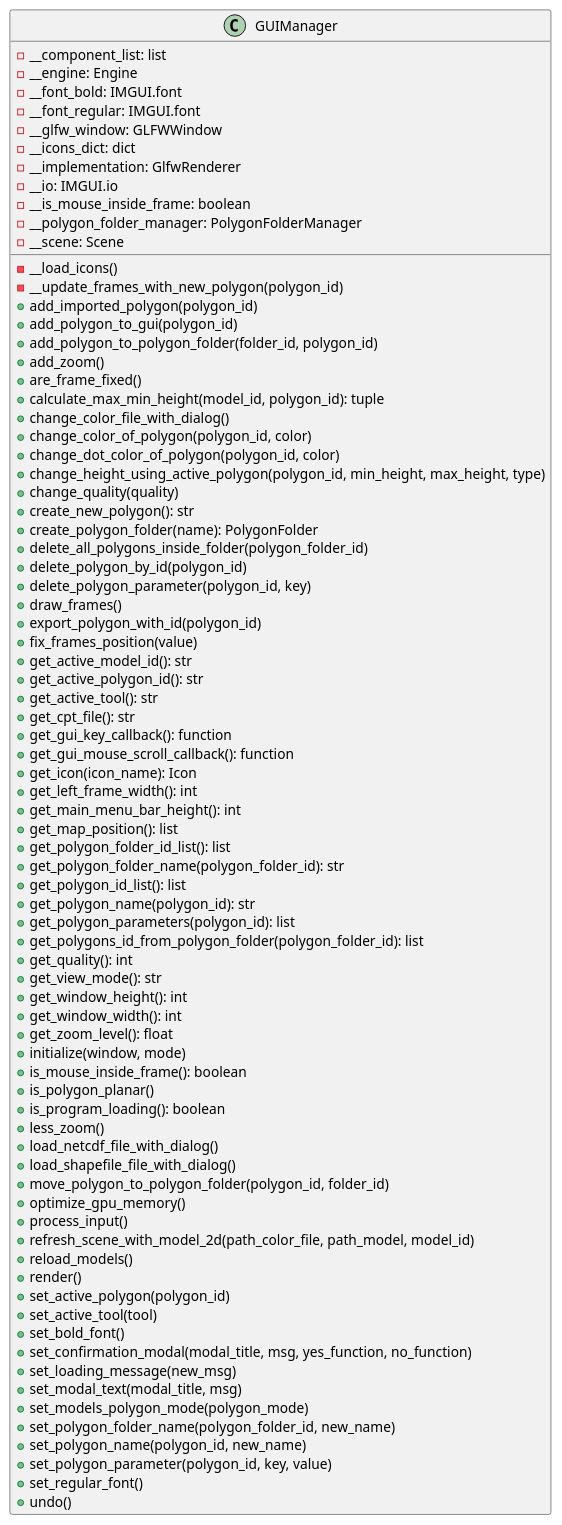
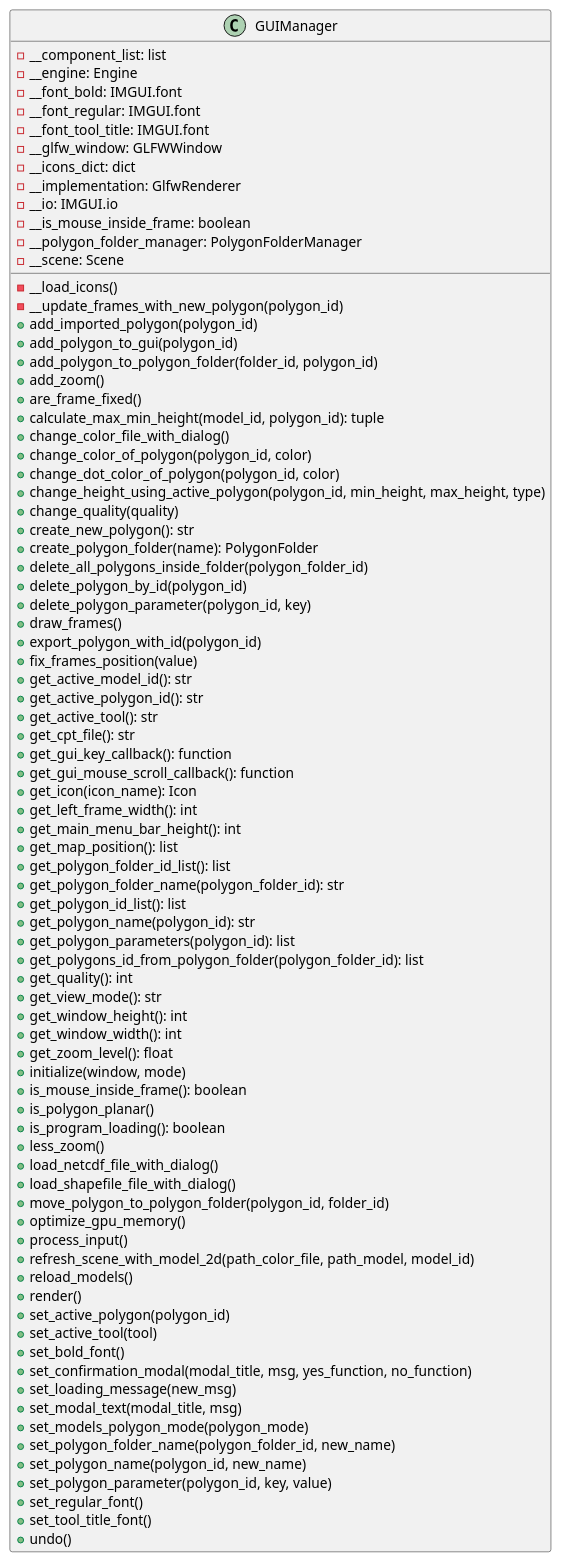
Before and after one commit to ferpoble2/Relief_Creator: the diagram in docs/classes/GUIManager.puml, drawn with PlantUML. The commit also changed 7 other files, not shown here.

```diff
--- a/docs/classes/GUIManager.puml
+++ b/docs/classes/GUIManager.puml
@@ -1,84 +1,86 @@
 @startuml
 'https://plantuml.com/class-diagram
 class GUIManager{
     - __component_list: list
     - __engine: Engine
     - __font_bold: IMGUI.font
     - __font_regular: IMGUI.font
+    - __font_tool_title: IMGUI.font
     - __glfw_window: GLFWWindow
     - __icons_dict: dict
     - __implementation: GlfwRenderer
     - __io: IMGUI.io
     - __is_mouse_inside_frame: boolean
     - __polygon_folder_manager: PolygonFolderManager
     - __scene: Scene
 
     - __load_icons()
     - __update_frames_with_new_polygon(polygon_id)
     + add_imported_polygon(polygon_id)
     + add_polygon_to_gui(polygon_id)
     + add_polygon_to_polygon_folder(folder_id, polygon_id)
     + add_zoom()
     + are_frame_fixed()
     + calculate_max_min_height(model_id, polygon_id): tuple
     + change_color_file_with_dialog()
     + change_color_of_polygon(polygon_id, color)
     + change_dot_color_of_polygon(polygon_id, color)
     + change_height_using_active_polygon(polygon_id, min_height, max_height, type)
     + change_quality(quality)
     + create_new_polygon(): str
     + create_polygon_folder(name): PolygonFolder
     + delete_all_polygons_inside_folder(polygon_folder_id)
     + delete_polygon_by_id(polygon_id)
     + delete_polygon_parameter(polygon_id, key)
     + draw_frames()
     + export_polygon_with_id(polygon_id)
     + fix_frames_position(value)
     + get_active_model_id(): str
     + get_active_polygon_id(): str
     + get_active_tool(): str
     + get_cpt_file(): str
     + get_gui_key_callback(): function
     + get_gui_mouse_scroll_callback(): function
     + get_icon(icon_name): Icon
     + get_left_frame_width(): int
     + get_main_menu_bar_height(): int
     + get_map_position(): list
     + get_polygon_folder_id_list(): list
     + get_polygon_folder_name(polygon_folder_id): str
     + get_polygon_id_list(): list
     + get_polygon_name(polygon_id): str
     + get_polygon_parameters(polygon_id): list
     + get_polygons_id_from_polygon_folder(polygon_folder_id): list
     + get_quality(): int
     + get_view_mode(): str
     + get_window_height(): int
     + get_window_width(): int
     + get_zoom_level(): float
     + initialize(window, mode)
     + is_mouse_inside_frame(): boolean
     + is_polygon_planar()
     + is_program_loading(): boolean
     + less_zoom()
     + load_netcdf_file_with_dialog()
     + load_shapefile_file_with_dialog()
     + move_polygon_to_polygon_folder(polygon_id, folder_id)
     + optimize_gpu_memory()
     + process_input()
     + refresh_scene_with_model_2d(path_color_file, path_model, model_id)
     + reload_models()
     + render()
     + set_active_polygon(polygon_id)
     + set_active_tool(tool)
     + set_bold_font()
     + set_confirmation_modal(modal_title, msg, yes_function, no_function)
     + set_loading_message(new_msg)
     + set_modal_text(modal_title, msg)
     + set_models_polygon_mode(polygon_mode)
     + set_polygon_folder_name(polygon_folder_id, new_name)
     + set_polygon_name(polygon_id, new_name)
     + set_polygon_parameter(polygon_id, key, value)
     + set_regular_font()
+    + set_tool_title_font()
     + undo()
 }
 @enduml
```
